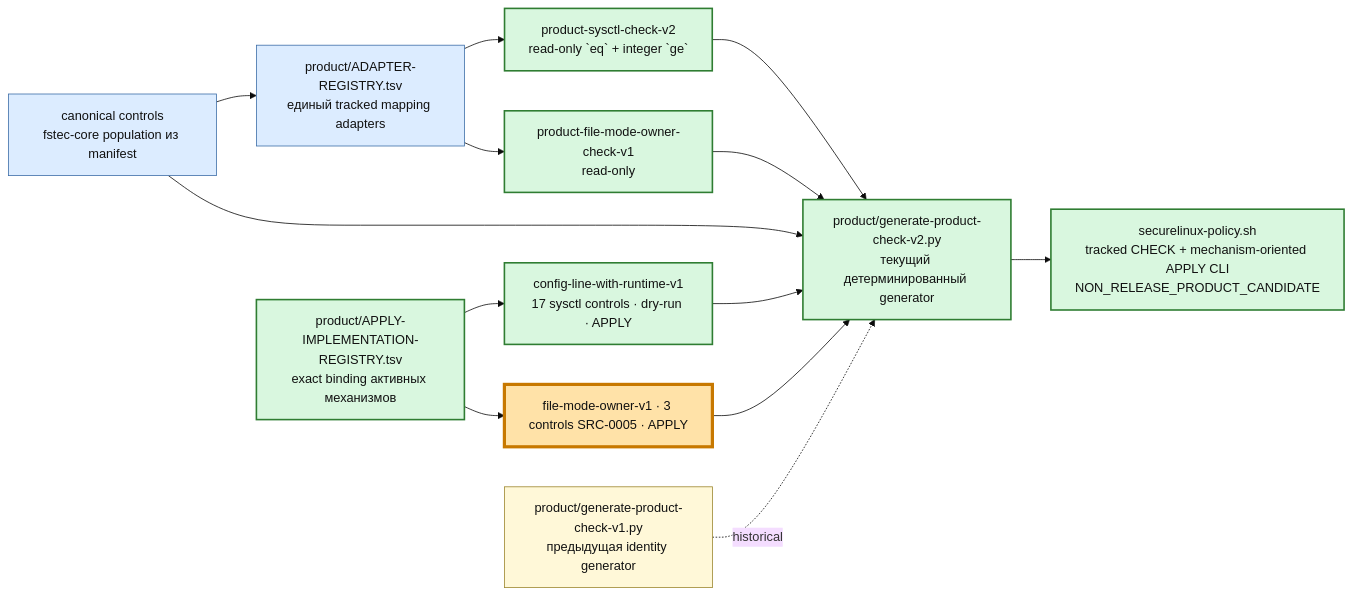
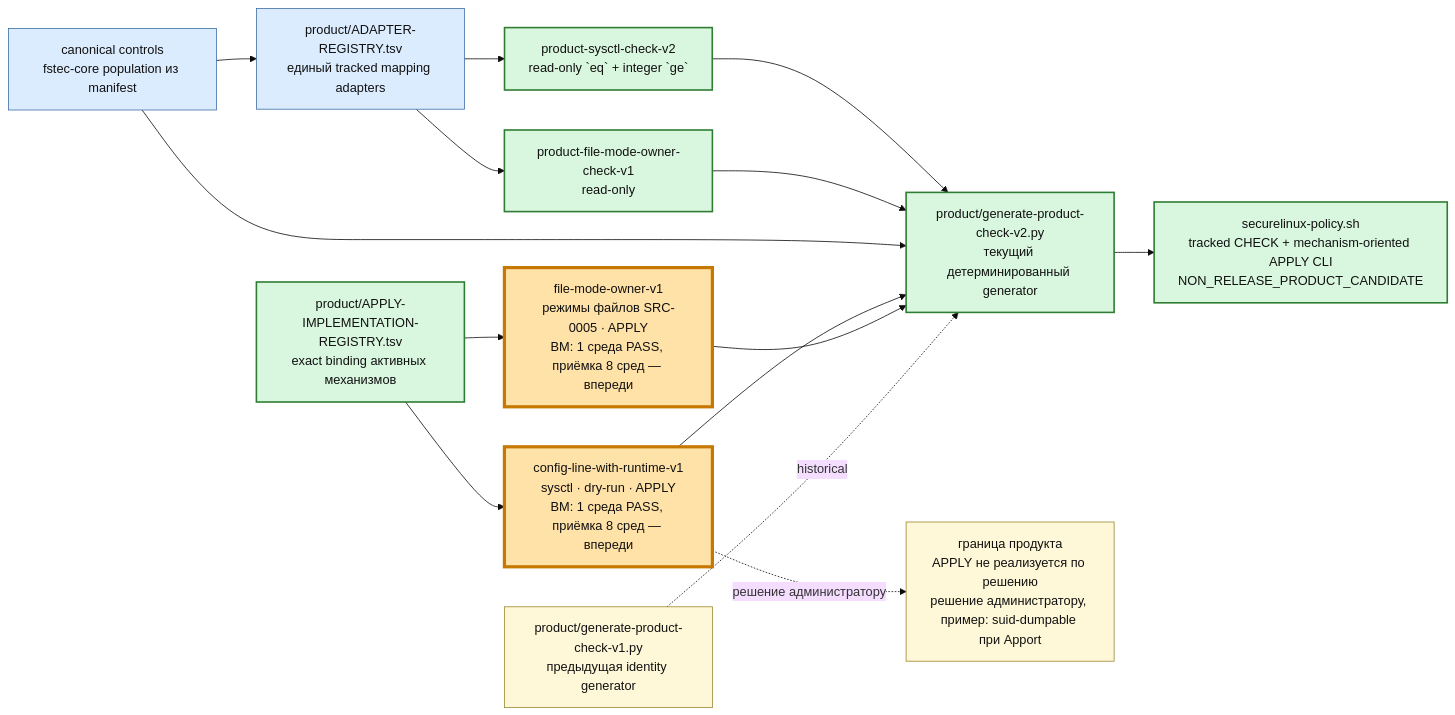
Before and after one commit to rasav65/SecureLinux-Policy: the third of 6 diagrams in docs/PROJECT-MAP-v3.md, drawn with Mermaid (base theme). The commit also changed other lines of this file and 13 other files, not shown here.

````diff
--- a/docs/PROJECT-MAP-v3.md
+++ b/docs/PROJECT-MAP-v3.md
@@ -205,28 +205,30 @@
 ```mermaid
 flowchart LR
     CTRLNOW["canonical controls<br/>fstec-core population из manifest"]:::component
     REG["product/ADAPTER-REGISTRY.tsv<br/>единый tracked mapping adapters"]:::component
     SYS["product-sysctl-check-v2<br/>read-only `eq` + integer `ge`"]:::closed
     FILE["product-file-mode-owner-check-v1<br/>read-only"]:::closed
     GEN1["product/generate-product-check-v1.py<br/>предыдущая identity generator"]:::note
     GEN2["product/generate-product-check-v2.py<br/>текущий детерминированный generator"]:::closed
     IMPLREG["product/APPLY-IMPLEMENTATION-REGISTRY.tsv<br/>exact binding активных механизмов"]:::closed
-    APPLY1["config-line-with-runtime-v1<br/>17 sysctl controls · dry-run · APPLY"]:::closed
-    APPLY2["file-mode-owner-v1 · 3 controls SRC-0005 · APPLY"]:::current
+    APPLY1["config-line-with-runtime-v1<br/>sysctl · dry-run · APPLY<br/>ВМ: 1 среда PASS, приёмка 8 сред — впереди"]:::current
+    APPLY2["file-mode-owner-v1<br/>режимы файлов SRC-0005 · APPLY<br/>ВМ: 1 среда PASS, приёмка 8 сред — впереди"]:::current
     CLI["securelinux-policy.sh<br/>tracked CHECK + mechanism-oriented APPLY CLI<br/>NON_RELEASE_PRODUCT_CANDIDATE"]:::closed
+    ADMIN["граница продукта<br/>APPLY не реализуется по решению<br/>решение администратору, пример: suid-dumpable при Apport"]:::note
 
     CTRLNOW --> REG
     REG --> SYS
     REG --> FILE
     SYS --> GEN2
     FILE --> GEN2
     CTRLNOW --> GEN2 --> CLI
     IMPLREG --> APPLY1 --> GEN2
     IMPLREG --> APPLY2 --> GEN2
+    APPLY1 -. решение администратору .-> ADMIN
     GEN1 -. historical .-> GEN2
 
     classDef closed fill:#d9f7df,stroke:#2f7d32,color:#111,stroke-width:2px;
     classDef component fill:#dcecff,stroke:#3e6ea8,color:#111;
     classDef current fill:#ffe2a8,stroke:#c77800,color:#111,stroke-width:4px;
     classDef note fill:#fff8d8,stroke:#9d8730,color:#111;
 ```
````
